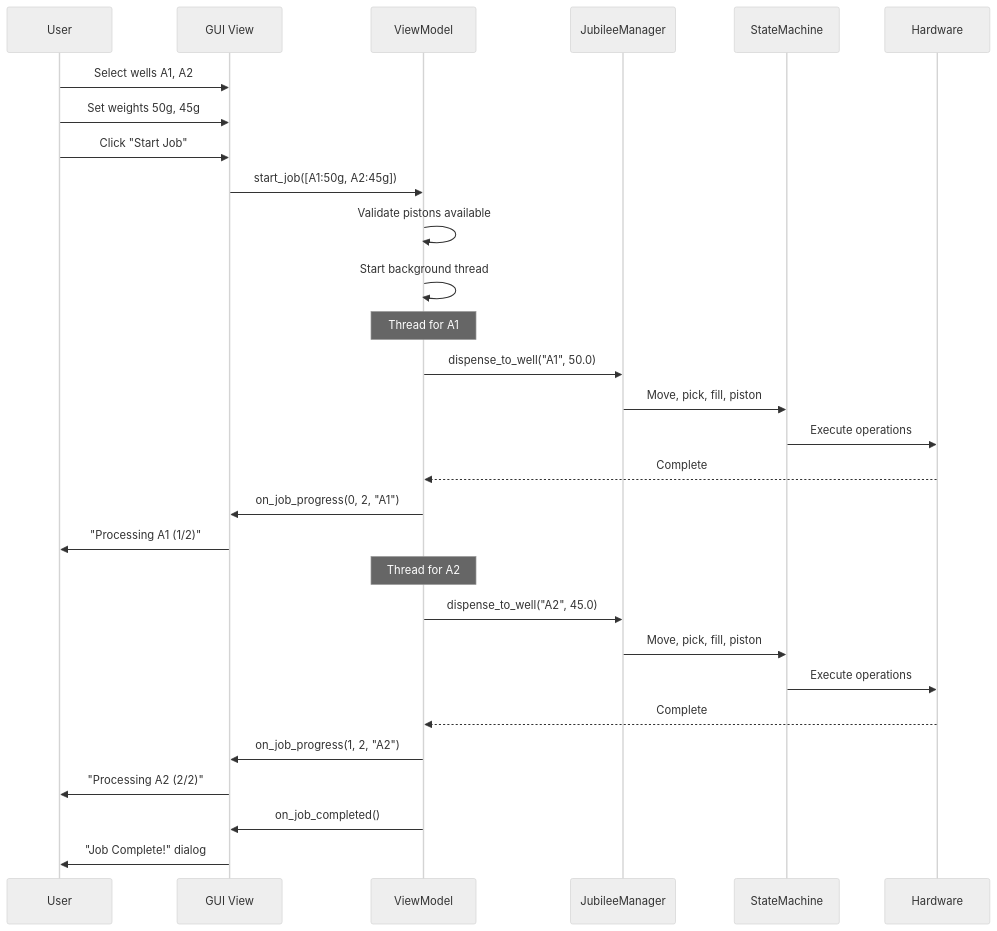
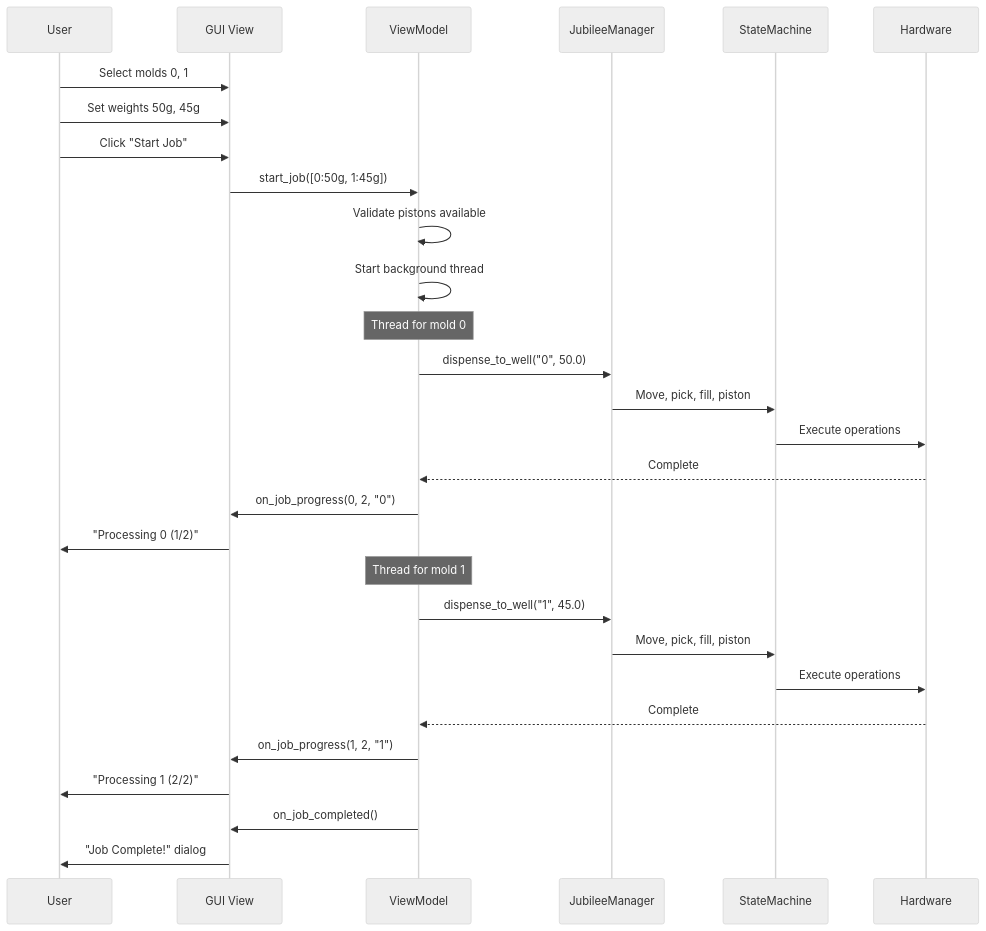
The second of 3 diagrams in docs/concepts/architecture.md (bennett-lahn/jubilee-powder), drawn with Mermaid (neutral theme) before and after one commit. The commit also changed other lines of this file and 14 other files, not shown here.

````diff
--- a/docs/concepts/architecture.md
+++ b/docs/concepts/architecture.md
@@ -215,36 +215,36 @@
 ```mermaid
 sequenceDiagram
     participant U as User
     participant GUI as GUI View
     participant VM as ViewModel
     participant JM as JubileeManager
     participant SM as StateMachine
     participant H as Hardware
 
-    U->>GUI: Select wells A1, A2
+    U->>GUI: Select molds 0, 1
     U->>GUI: Set weights 50g, 45g
     U->>GUI: Click "Start Job"
     
-    GUI->>VM: start_job([A1:50g, A2:45g])
+    GUI->>VM: start_job([0:50g, 1:45g])
     VM->>VM: Validate pistons available
     VM->>VM: Start background thread
     
-    Note over VM: Thread for A1
-    VM->>JM: dispense_to_well("A1", 50.0)
+    Note over VM: Thread for mold 0
+    VM->>JM: dispense_to_well("0", 50.0)
     JM->>SM: Move, pick, fill, piston
     SM->>H: Execute operations
     H-->>VM: Complete
-    VM->>GUI: on_job_progress(0, 2, "A1")
-    GUI->>U: "Processing A1 (1/2)"
+    VM->>GUI: on_job_progress(0, 2, "0")
+    GUI->>U: "Processing 0 (1/2)"
     
-    Note over VM: Thread for A2
-    VM->>JM: dispense_to_well("A2", 45.0)
+    Note over VM: Thread for mold 1
+    VM->>JM: dispense_to_well("1", 45.0)
     JM->>SM: Move, pick, fill, piston
     SM->>H: Execute operations
     H-->>VM: Complete
-    VM->>GUI: on_job_progress(1, 2, "A2")
-    GUI->>U: "Processing A2 (2/2)"
+    VM->>GUI: on_job_progress(1, 2, "1")
+    GUI->>U: "Processing 1 (2/2)"
     
     VM->>GUI: on_job_completed()
     GUI->>U: "Job Complete!" dialog
 ```
````
